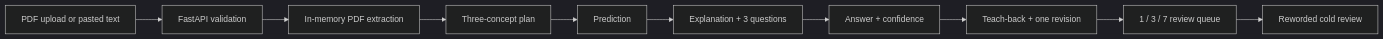
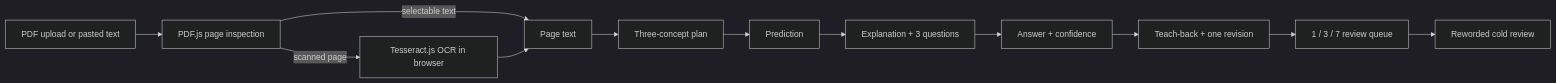
One commit to jiangggqr/sparring-ai-study-coach changed the diagram in ARCHITECTURE.md. Above: the diagram before and after it, drawn with Mermaid (dark theme). The commit also changed other lines of this file and 24 other files, not shown here.

Commit message:
Fix scanned PDF uploads with local OCR

````diff
--- a/ARCHITECTURE.md
+++ b/ARCHITECTURE.md
@@ -11,12 +11,14 @@
 ```mermaid
 flowchart LR
-    A["PDF upload or pasted text"] --> B["FastAPI validation"]
-    B --> C["In-memory PDF extraction"]
+    A["PDF upload or pasted text"] --> B["PDF.js page inspection"]
+    B -->|"selectable text"| C["Page text"]
+    B -->|"scanned page"| O["Tesseract.js OCR in browser"]
+    O --> C
     C --> D["Three-concept plan"]
     D --> E["Prediction"]
     E --> F["Explanation + 3 questions"]
     F --> G["Answer + confidence"]
     G --> H["Teach-back + one revision"]
     H --> I["1 / 3 / 7 review queue"]
     I --> J["Reworded cold review"]
 ```
````
